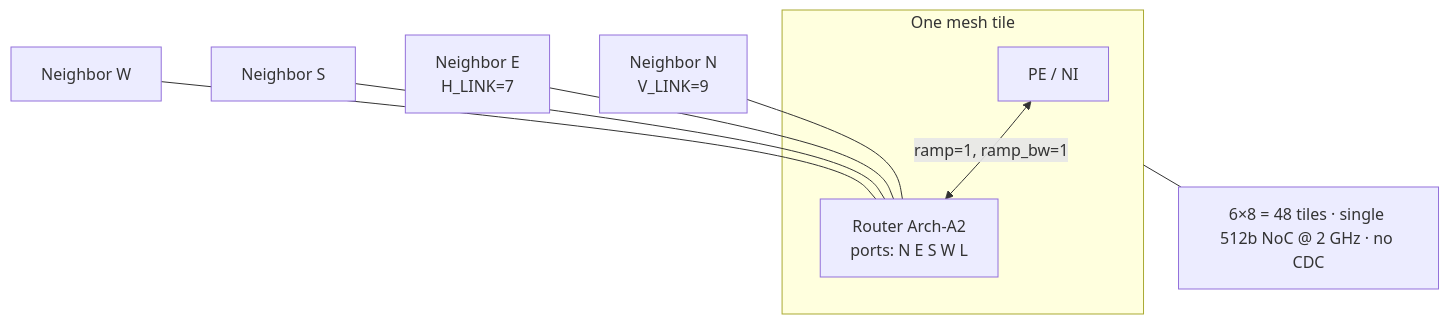
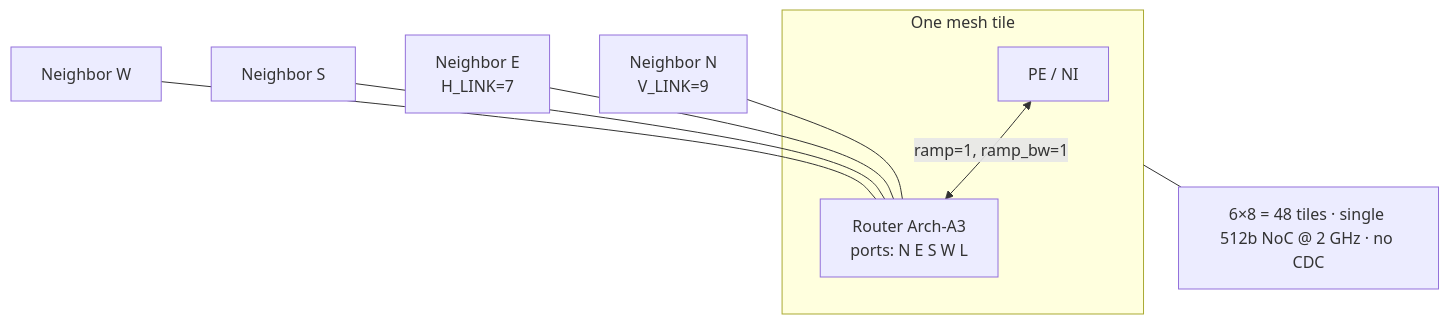
The first of 6 diagrams in docs/phase-3-uarch/uarch-diagram.md (lukebest/booksim2), drawn with Mermaid before and after one commit. The commit also changed other lines of this file and 30 other files, not shown here.

````diff
--- a/docs/phase-3-uarch/uarch-diagram.md
+++ b/docs/phase-3-uarch/uarch-diagram.md
@@ -13,14 +13,14 @@
 ```mermaid
 flowchart TB
   subgraph tile["One mesh tile"]
     PE["PE / NI"]
-    R["Router Arch-A2<br/>ports: N E S W L"]
+    R["Router Arch-A3<br/>ports: N E S W L"]
     PE <-->|"ramp=1, ramp_bw=1"| R
   end
   RN["Neighbor N<br/>V_LINK=9"] --- R
   RE["Neighbor E<br/>H_LINK=7"] --- R
   RS["Neighbor S"] --- R
   RW["Neighbor W"] --- R
   note["6×8 = 48 tiles · single 512b NoC @ 2 GHz · no CDC"]
   tile --- note
 ```
````
